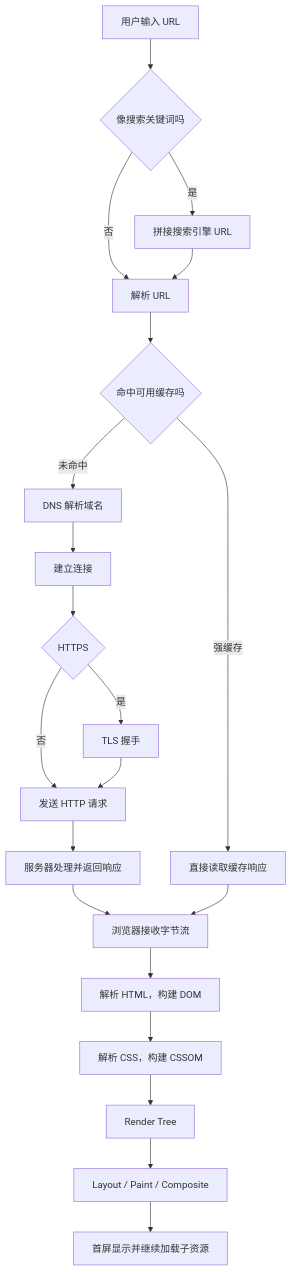
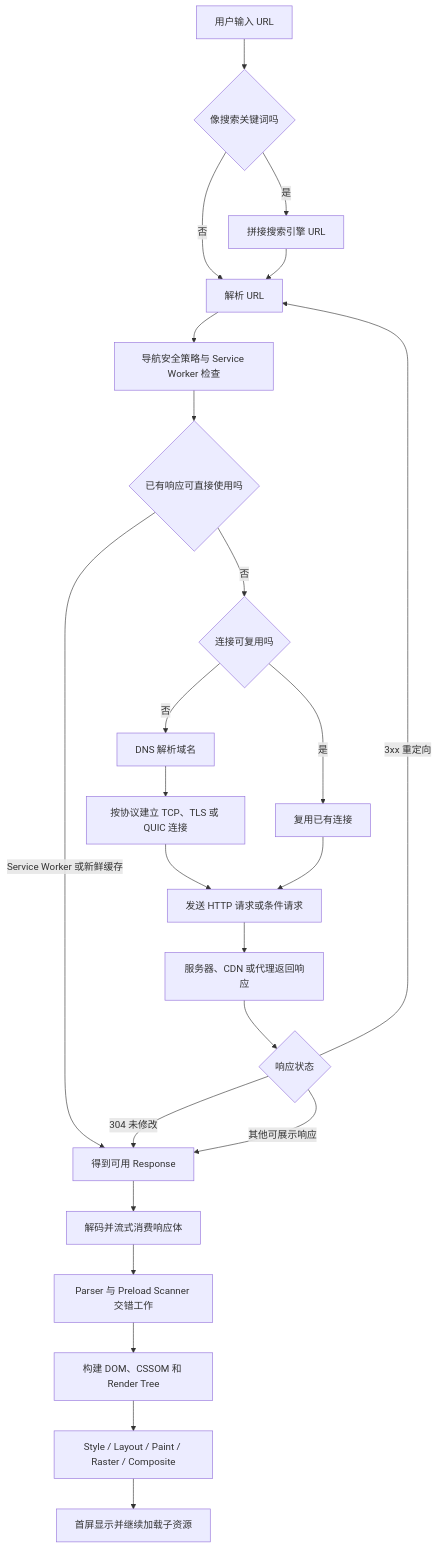
Before and after one commit to 2530622506/interView-writing-: the second of 9 diagrams in docs/react-interview/browser-interview-guide.md, drawn with Mermaid. The commit also changed other lines of this file and 15 other files, not shown here.

````diff
--- a/docs/react-interview/browser-interview-guide.md
+++ b/docs/react-interview/browser-interview-guide.md
@@ -133,23 +139,26 @@
 ```mermaid
 flowchart TD
   A[用户输入 URL] --> B{像搜索关键词吗}
   B -- 是 --> C[拼接搜索引擎 URL]
   B -- 否 --> D[解析 URL]
   C --> D
-  D --> E{命中可用缓存吗}
-  E -- 强缓存 --> F[直接读取缓存响应]
-  E -- 未命中 --> G[DNS 解析域名]
-  G --> H[建立连接]
-  H --> I{HTTPS}
-  I -- 是 --> J[TLS 握手]
-  I -- 否 --> K[发送 HTTP 请求]
-  J --> K
-  K --> L[服务器处理并返回响应]
-  L --> M[浏览器接收字节流]
-  F --> M
-  M --> N[解析 HTML，构建 DOM]
-  N --> O[解析 CSS，构建 CSSOM]
-  O --> P[Render Tree]
-  P --> Q[Layout / Paint / Composite]
-  Q --> R[首屏显示并继续加载子资源]
+  D --> E[导航安全策略与 Service Worker 检查]
+  E --> F{已有响应可直接使用吗}
+  F -- Service Worker 或新鲜缓存 --> G[得到可用 Response]
+  F -- 否 --> H{连接可复用吗}
+  H -- 否 --> I[DNS 解析域名]
+  I --> J[按协议建立 TCP、TLS 或 QUIC 连接]
+  H -- 是 --> K[复用已有连接]
+  J --> N[发送 HTTP 请求或条件请求]
+  K --> N
+  N --> O[服务器、CDN 或代理返回响应]
+  O --> P{响应状态}
+  P -- 3xx 重定向 --> D
+  P -- 304 未修改 --> G
+  P -- 其他可展示响应 --> G
+  G --> Q[解码并流式消费响应体]
+  Q --> R[Parser 与 Preload Scanner 交错工作]
+  R --> S[构建 DOM、CSSOM 和 Render Tree]
+  S --> T[Style / Layout / Paint / Raster / Composite]
+  T --> U[首屏显示并继续加载子资源]
 ```
````
